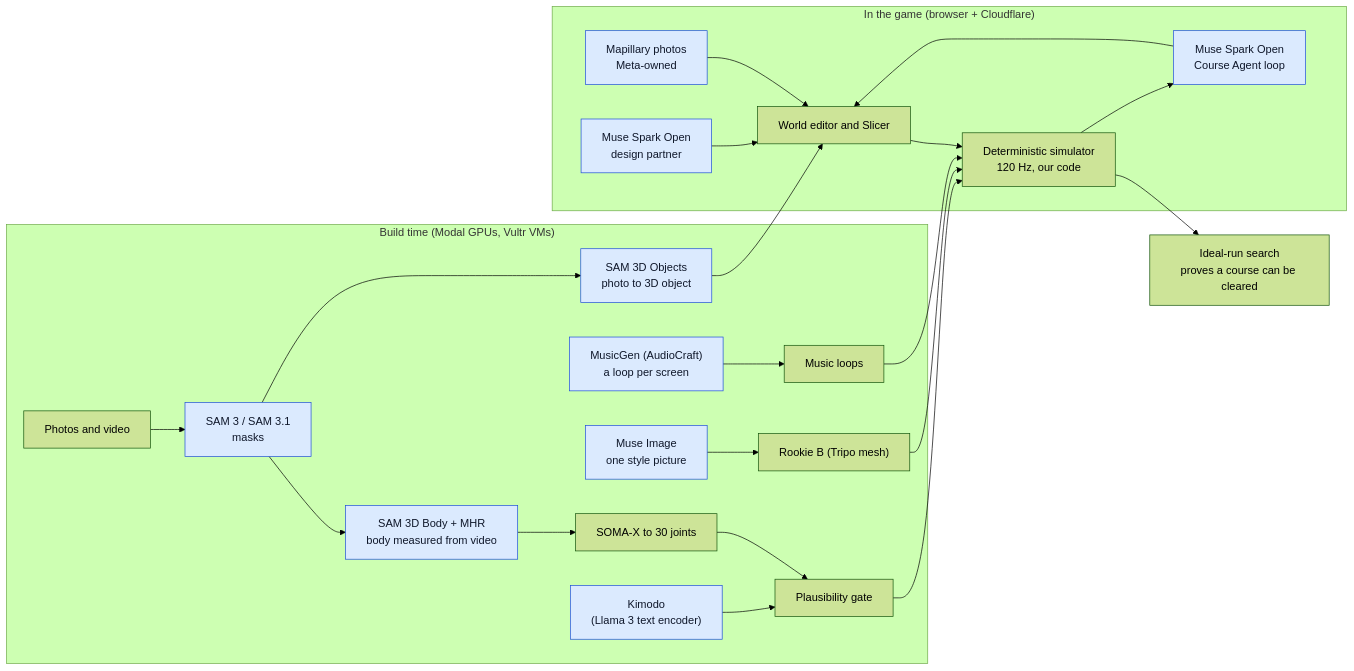
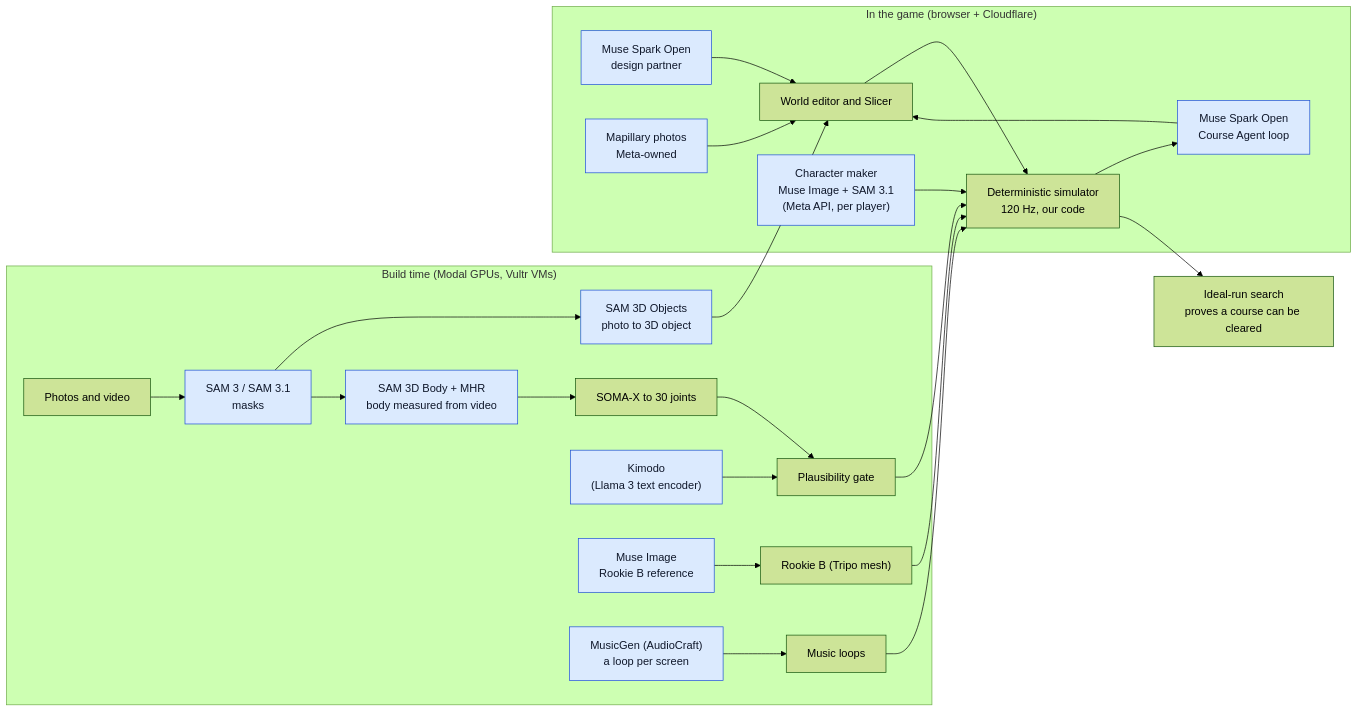
One commit to gitgithan/conquercourse changed the first of 8 diagrams in docs/meta-ai-pipelines.md. Above: the diagram before and after it, drawn with Mermaid (forest theme). The commit also changed other lines of this file and 6 other files, not shown here.

````diff
--- a/docs/meta-ai-pipelines.md
+++ b/docs/meta-ai-pipelines.md
@@ -14,32 +14,34 @@
 ```mermaid
 flowchart LR
   subgraph Build["Build time (Modal GPUs, Vultr VMs)"]
     P1["Photos and video"] --> SAM3["SAM 3 / SAM 3.1<br/>masks"]
     SAM3 --> SAM3DO["SAM 3D Objects<br/>photo to 3D object"]
     SAM3 --> SAM3DB["SAM 3D Body + MHR<br/>body measured from video"]
     SAM3DB --> SOMA["SOMA-X to 30 joints"]
     KIM["Kimodo<br/>(Llama 3 text encoder)"] --> GATE["Plausibility gate"]
     SOMA --> GATE
-    MI["Muse Image<br/>one style picture"] --> CH["Rookie B (Tripo mesh)"]
+    MI["Muse Image<br/>Rookie B reference"] --> CH["Rookie B (Tripo mesh)"]
     MG["MusicGen (AudioCraft)<br/>a loop per screen"] --> MUS["Music loops"]
   end
   subgraph Game["In the game (browser + Cloudflare)"]
     SIM["Deterministic simulator<br/>120 Hz, our code"]
     ED["World editor and Slicer"]
     DES["Muse Spark Open<br/>design partner"]
     AGT["Muse Spark Open<br/>Course Agent loop"]
     MAP["Mapillary photos<br/>Meta-owned"]
+    CHM["Character maker<br/>Muse Image + SAM 3.1<br/>(Meta API, per player)"]
   end
   SAM3DO --> ED
   GATE --> SIM
   CH --> SIM
   MUS --> SIM
   ED --> SIM
   DES --> ED
   AGT --> ED
   SIM --> AGT
   MAP --> ED
+  CHM --> SIM
   SIM --> IDEAL["Ideal-run search<br/>proves a course can be cleared"]
   classDef meta fill:#dbeafe,stroke:#1d4ed8,color:#0f172a;
-  class SAM3,SAM3DO,SAM3DB,MI,DES,AGT,MAP,KIM,MG meta;
+  class SAM3,SAM3DO,SAM3DB,MI,DES,AGT,MAP,KIM,MG,CHM meta;
 ```
````
